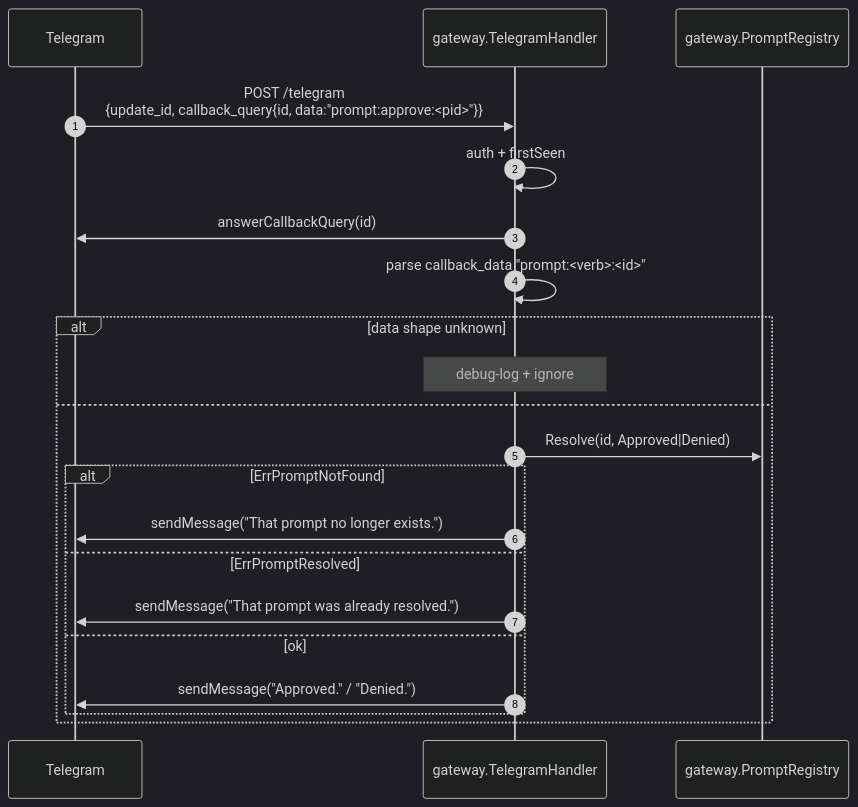
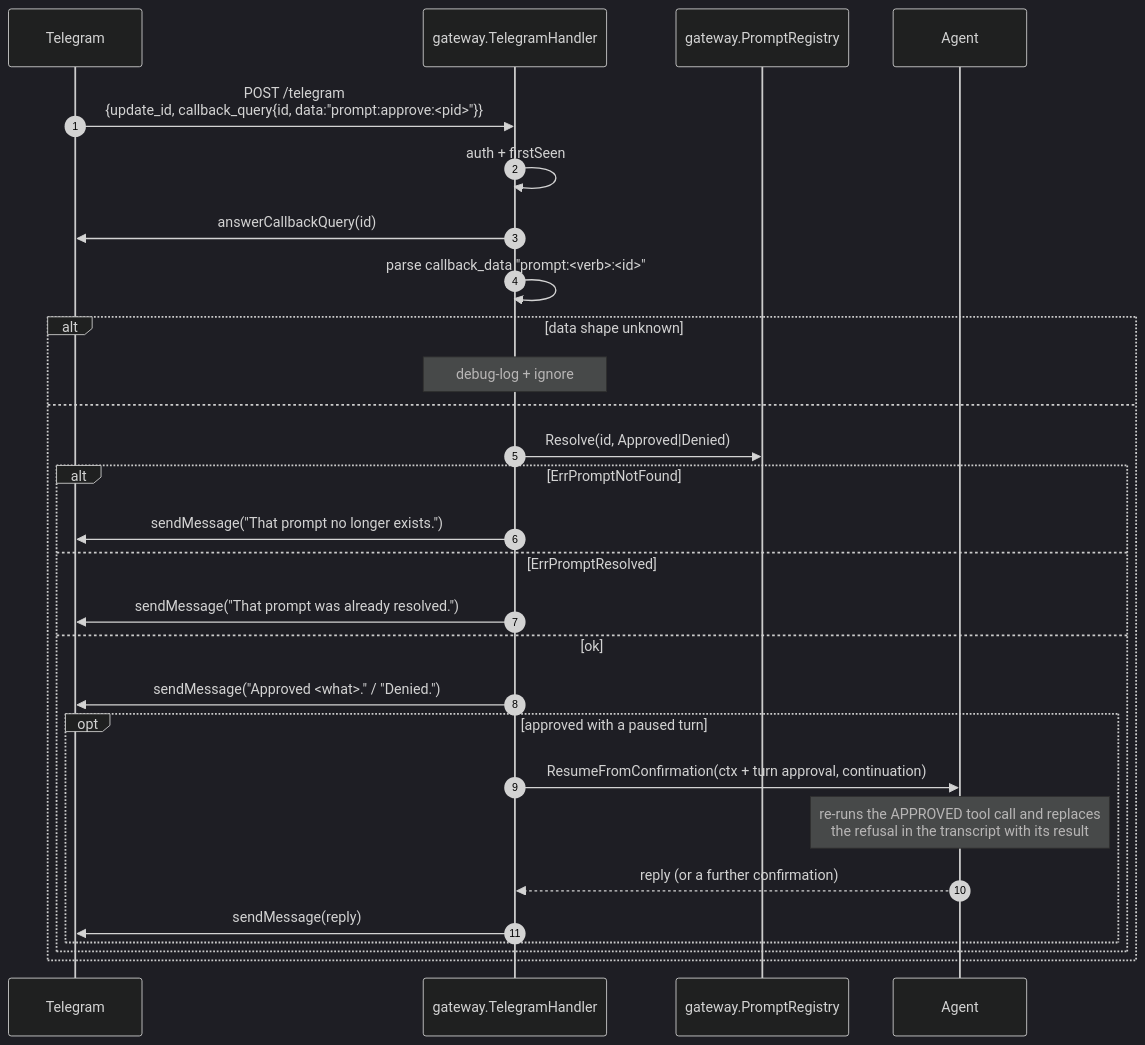
One commit to Sheardo/lobslaw changed the fourth of 4 diagrams in docs/dev/GATEWAY.md. Above: the diagram before and after it, drawn with Mermaid (dark theme). The commit also changed other lines of this file and 11 other files, not shown here.

First line of the commit message:
fix(compute): approving a confirmation has to run the approved call

````diff
--- a/docs/dev/GATEWAY.md
+++ b/docs/dev/GATEWAY.md
@@ -205,24 +205,30 @@
 ```mermaid
 sequenceDiagram
   autonumber
   participant TG as Telegram
   participant Handler as gateway.TelegramHandler
   participant Prompts as gateway.PromptRegistry
 
   TG->>Handler: POST /telegram<br/>{update_id, callback_query{id, data:"prompt:approve:<pid>"}}
   Handler->>Handler: auth + firstSeen
   Handler->>TG: answerCallbackQuery(id)  # stops the client spinner
   Handler->>Handler: parse callback_data "prompt:<verb>:<id>"
   alt data shape unknown
     Note over Handler: debug-log + ignore
   else
     Handler->>Prompts: Resolve(id, Approved|Denied)
     alt ErrPromptNotFound
       Handler->>TG: sendMessage("That prompt no longer exists.")
     else ErrPromptResolved
       Handler->>TG: sendMessage("That prompt was already resolved.")
     else ok
-      Handler->>TG: sendMessage("Approved." / "Denied.")
+      Handler->>TG: sendMessage("Approved <what>." / "Denied.")
+      opt approved with a paused turn
+        Handler->>Agent: ResumeFromConfirmation(ctx + turn approval, continuation)
+        Note over Agent: re-runs the APPROVED tool call and replaces<br/>the refusal in the transcript with its result
+        Agent-->>Handler: reply (or a further confirmation)
+        Handler->>TG: sendMessage(reply)
+      end
     end
   end
 ```
````
